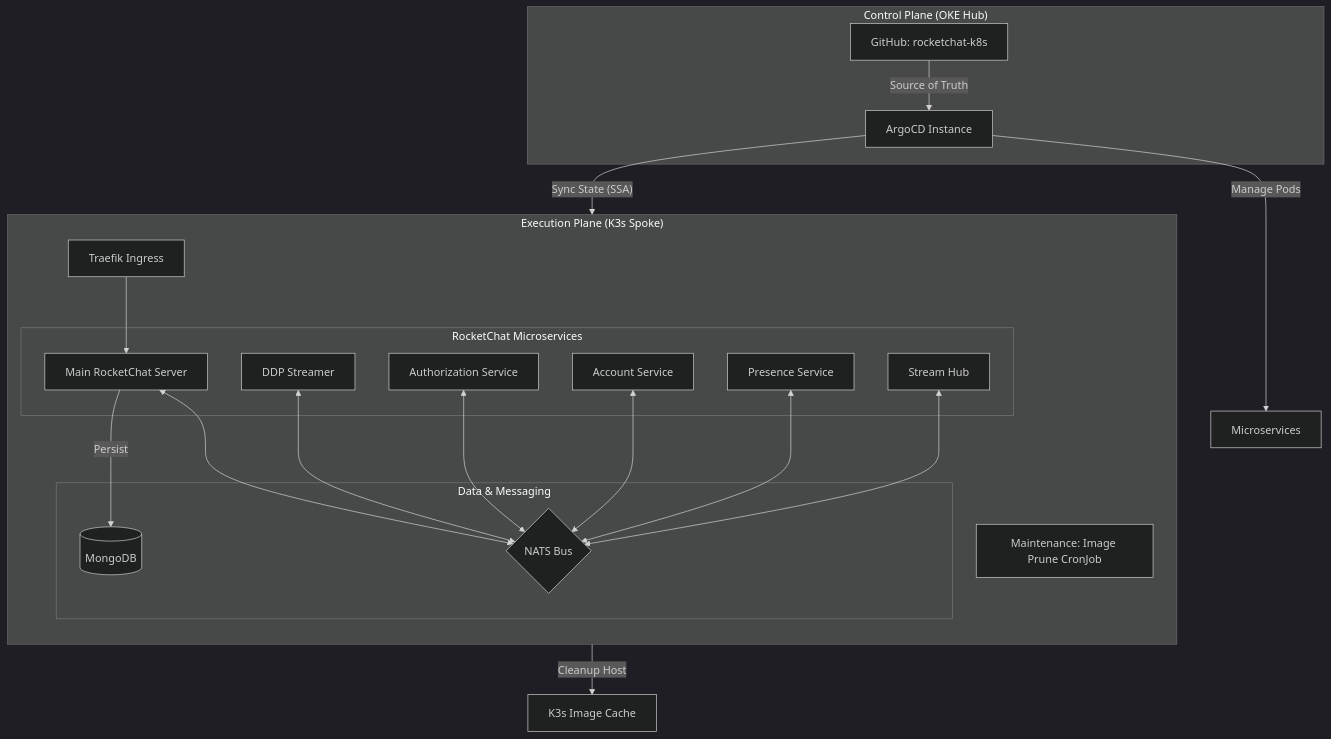
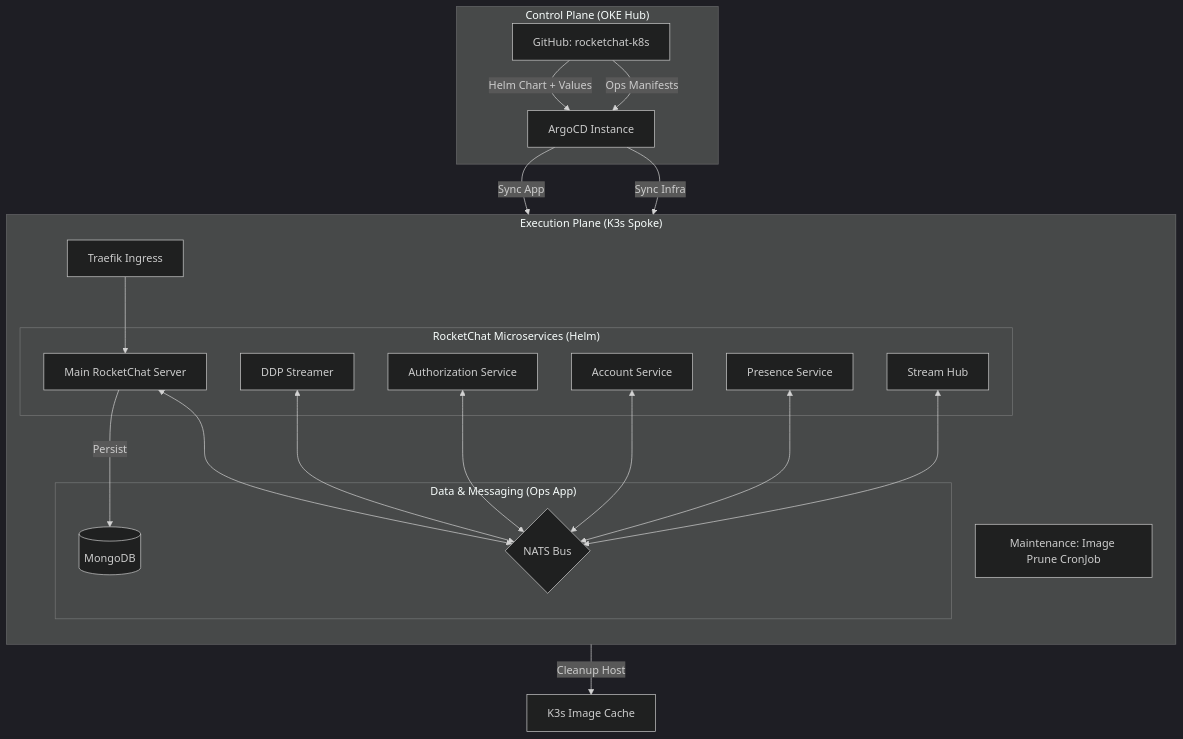
One commit to Canepro/rocketchat-k8s changed the diagram in DIAGRAM.md. Above: the diagram before and after it, drawn with Mermaid (dark theme). The commit also changed other lines of this file and 1 other file, not shown here.

Commit message:
Docs: Update architecture to reflect Helm+Ops split

````diff
--- a/DIAGRAM.md
+++ b/DIAGRAM.md
@@ -5,45 +5,46 @@
 ```mermaid
 graph TD
     subgraph "Control Plane (OKE Hub)"
         ArgoCD[ArgoCD Instance]
         GitRepo[GitHub: rocketchat-k8s]
     end
 
     subgraph "Execution Plane (K3s Spoke)"
         direction TB
         Ingress[Traefik Ingress]
         
-        subgraph "RocketChat Microservices"
+        subgraph "RocketChat Microservices (Helm)"
             Server[Main RocketChat Server]
             DDP[DDP Streamer]
             Auth[Authorization Service]
             Acc[Account Service]
             Pres[Presence Service]
             Hub[Stream Hub]
         end
 
-        subgraph "Data & Messaging"
+        subgraph "Data & Messaging (Ops App)"
             Mongo[(MongoDB)]
             NATS{NATS Bus}
         end
 
         Cron[Maintenance: Image Prune CronJob]
     end
 
     %% GitOps Flow
-    GitRepo -- "Source of Truth" --> ArgoCD
-    ArgoCD -- "Sync State (SSA)" --> Ingress
-    ArgoCD -- "Manage Pods" --> Microservices
+    GitRepo -- "Helm Chart + Values" --> ArgoCD
+    GitRepo -- "Ops Manifests" --> ArgoCD
+    ArgoCD -- "Sync App" --> Server
+    ArgoCD -- "Sync Infra" --> Mongo
 
     %% Internal Data Flow
     Ingress --> Server
     Server <--> NATS
     DDP <--> NATS
     Auth <--> NATS
     Acc <--> NATS
     Pres <--> NATS
     Hub <--> NATS
     
     Server -- "Persist" --> Mongo
     Cron -- "Cleanup Host" --> K3s_Node[K3s Image Cache]
 ```
````
